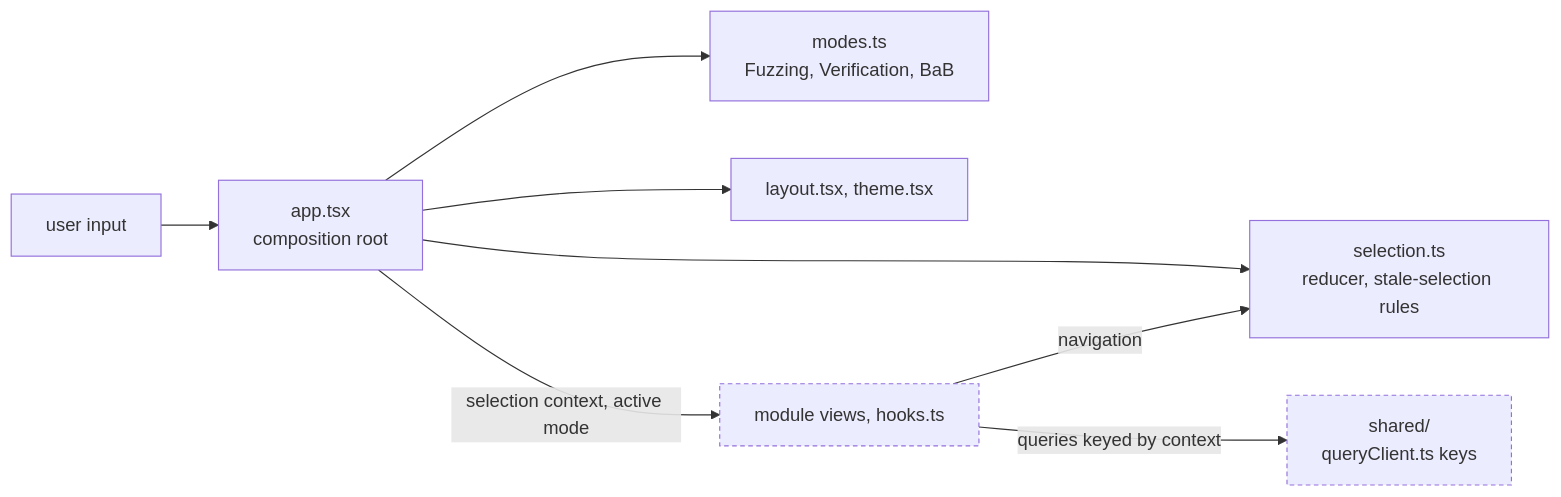
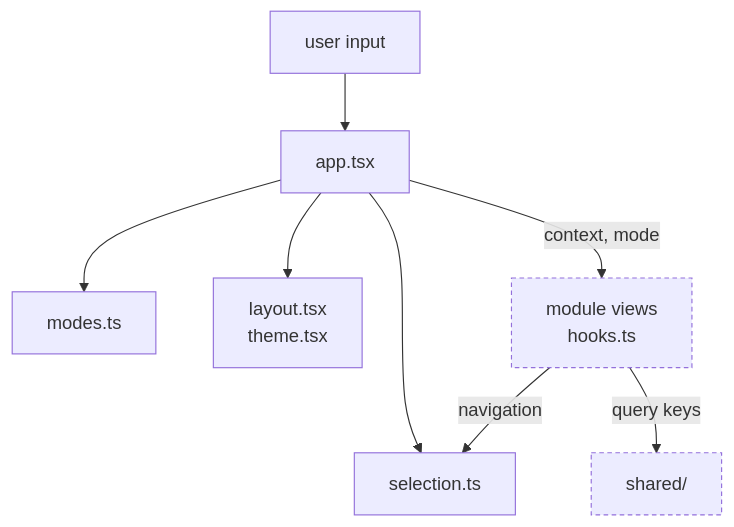
Before and after one commit to SVF-tools/ACT-GUI: the diagram in visual_bench/workspace/README.md, drawn with Mermaid. The commit also changed 17 other files, not shown here.

Commit message:
lay out the README flow diagrams top-down so they stay legible on GitHub

````diff
--- a/visual_bench/workspace/README.md
+++ b/visual_bench/workspace/README.md
@@ -23,15 +23,11 @@
 ```mermaid
-flowchart LR
+flowchart TB
   classDef ext stroke-dasharray: 4 3
-  App["app.tsx<br/>composition root"]
-  Sel["selection.ts<br/>reducer, stale-selection rules"]
-  Modes["modes.ts<br/>Fuzzing, Verification, BaB"]
-  Lay["layout.tsx, theme.tsx"]
-  V["module views, hooks.ts"]:::ext
-  SH["shared/<br/>queryClient.ts keys"]:::ext
-  U["user input"] --> App
-  App --> Sel & Modes & Lay
-  App -- "selection context, active mode" --> V
+  U["user input"] --> App["app.tsx"]
+  App --> Sel["selection.ts"]
+  App --> Modes["modes.ts"]
+  App --> Lay["layout.tsx<br/>theme.tsx"]
+  App -- "context, mode" --> V["module views<br/>hooks.ts"]:::ext
   V -- "navigation" --> Sel
-  V -- "queries keyed by context" --> SH
+  V -- "query keys" --> SH["shared/"]:::ext
 ```
````
